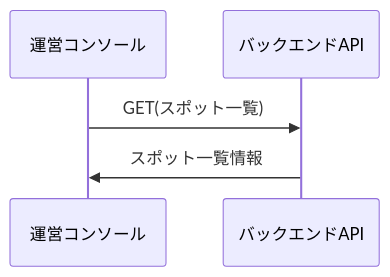
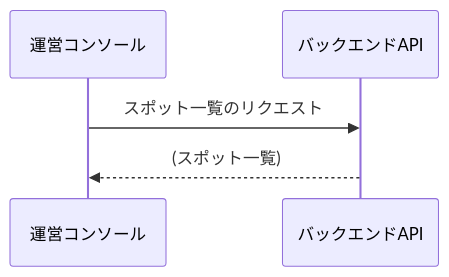
The fourth of 13 diagrams in docs/sequence/admin.md (after-school-garbage-squad/repaint-architecture), drawn with Mermaid before and after one commit. The commit also changed other lines of this file and 3 other files, not shown here.

````diff
--- a/docs/sequence/admin.md
+++ b/docs/sequence/admin.md
@@ -48,8 +48,8 @@
 ```mermaid
 sequenceDiagram
     participant web as 運営コンソール
     participant back as バックエンドAPI
-    web ->> back: GET(スポット一覧)
-    back ->> web: スポット一覧情報
+    web ->> back: スポット一覧のリクエスト
+    back -->> web: (スポット一覧)
     
 ```
````
